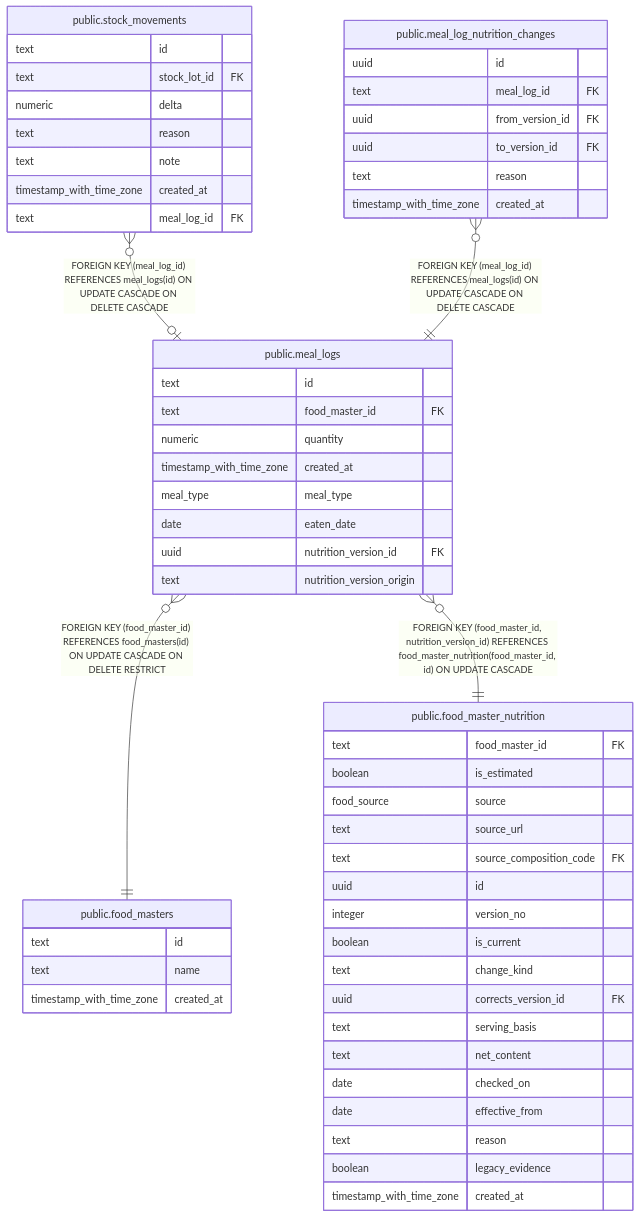
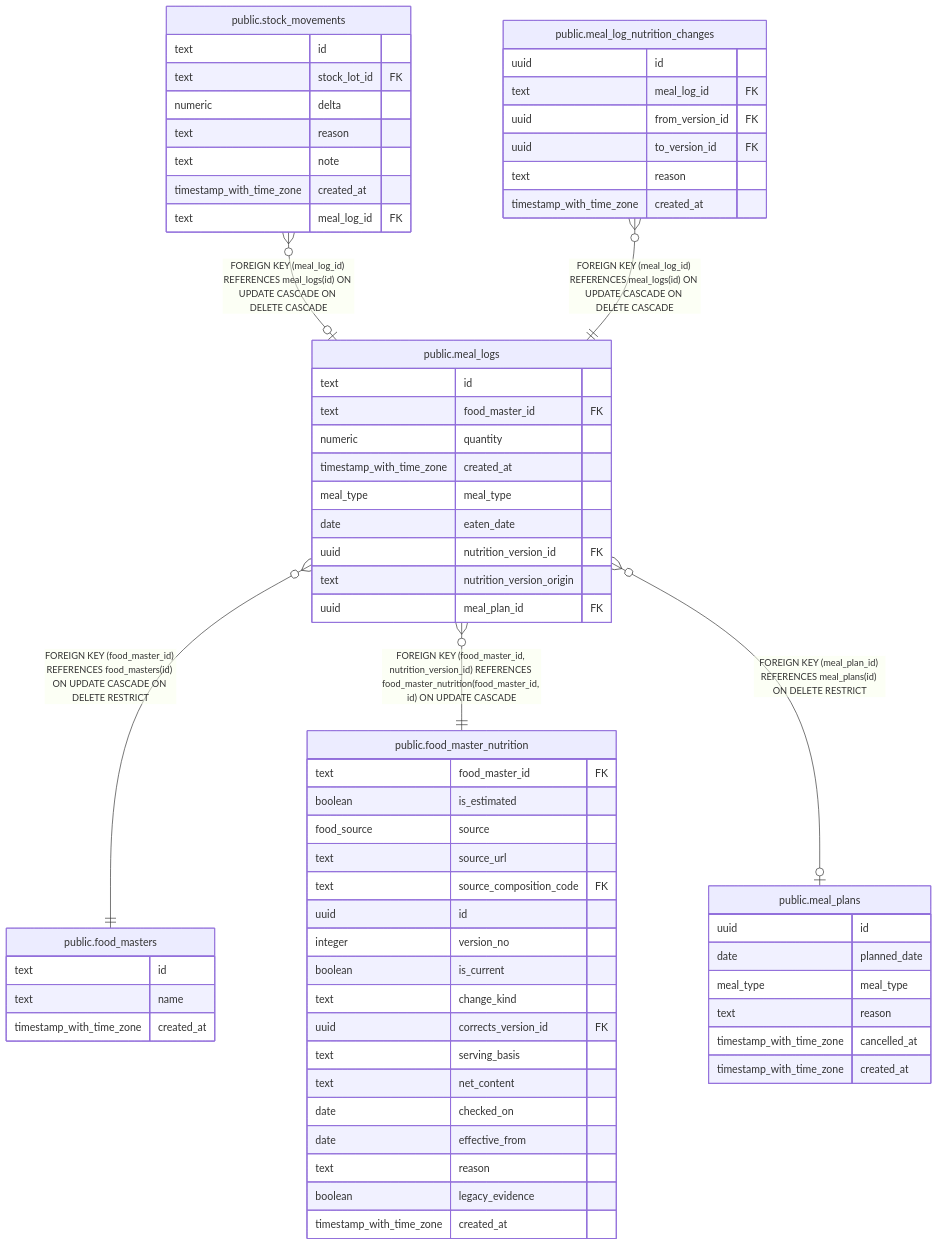
Before and after one commit to fohte/meshi: the diagram in server/docs/db/public.meal_logs.md, drawn with Mermaid. The commit also changed other lines of this file and 31 other files, not shown here.

Commit message:
meal-plan: link meal logs to planned meals (#295)

````diff
--- a/server/docs/db/public.meal_logs.md
+++ b/server/docs/db/public.meal_logs.md
@@ -48,60 +51,70 @@
 ```mermaid
 erDiagram
 
 "public.stock_movements" }o--o| "public.meal_logs" : "FOREIGN KEY (meal_log_id) REFERENCES meal_logs(id) ON UPDATE CASCADE ON DELETE CASCADE"
 "public.meal_log_nutrition_changes" }o--|| "public.meal_logs" : "FOREIGN KEY (meal_log_id) REFERENCES meal_logs(id) ON UPDATE CASCADE ON DELETE CASCADE"
 "public.meal_logs" }o--|| "public.food_masters" : "FOREIGN KEY (food_master_id) REFERENCES food_masters(id) ON UPDATE CASCADE ON DELETE RESTRICT"
 "public.meal_logs" }o--|| "public.food_master_nutrition" : "FOREIGN KEY (food_master_id, nutrition_version_id) REFERENCES food_master_nutrition(food_master_id, id) ON UPDATE CASCADE"
+"public.meal_logs" }o--o| "public.meal_plans" : "FOREIGN KEY (meal_plan_id) REFERENCES meal_plans(id) ON DELETE RESTRICT"
 
 "public.meal_logs" {
   text id
   text food_master_id FK
   numeric quantity
   timestamp_with_time_zone created_at
   meal_type meal_type
   date eaten_date
   uuid nutrition_version_id FK
   text nutrition_version_origin
+  uuid meal_plan_id FK
 }
 "public.stock_movements" {
   text id
   text stock_lot_id FK
   numeric delta
   text reason
   text note
   timestamp_with_time_zone created_at
   text meal_log_id FK
 }
 "public.meal_log_nutrition_changes" {
   uuid id
   text meal_log_id FK
   uuid from_version_id FK
   uuid to_version_id FK
   text reason
   timestamp_with_time_zone created_at
 }
 "public.food_masters" {
   text id
   text name
   timestamp_with_time_zone created_at
 }
 "public.food_master_nutrition" {
   text food_master_id FK
   boolean is_estimated
   food_source source
   text source_url
   text source_composition_code FK
   uuid id
   integer version_no
   boolean is_current
   text change_kind
   uuid corrects_version_id FK
   text serving_basis
   text net_content
   date checked_on
   date effective_from
   text reason
   boolean legacy_evidence
   timestamp_with_time_zone created_at
 }
+"public.meal_plans" {
+  uuid id
+  date planned_date
+  meal_type meal_type
+  text reason
+  timestamp_with_time_zone cancelled_at
+  timestamp_with_time_zone created_at
+}
 ```
````
